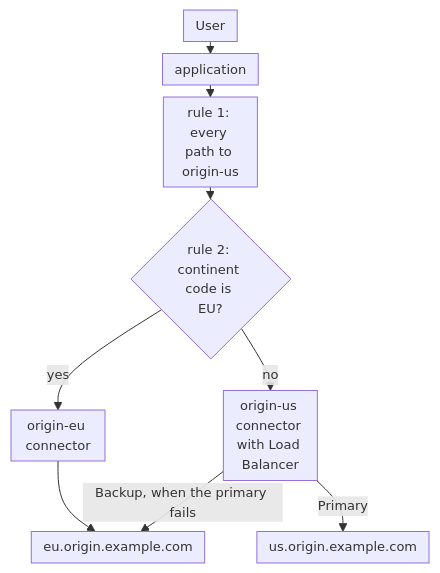
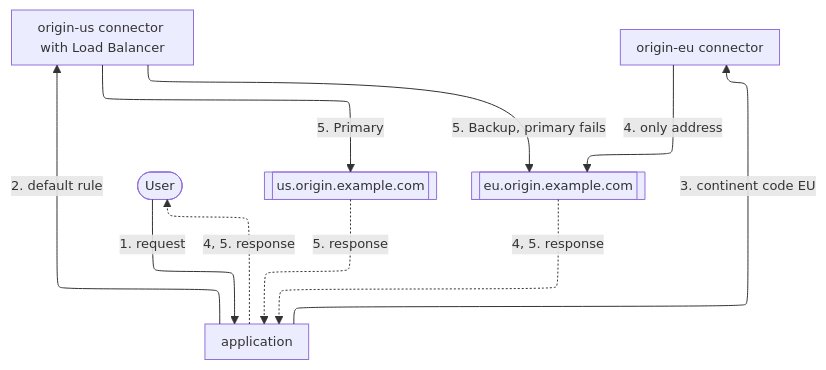
One commit to aziontech/docs changed the first of 2 diagrams in apps/docs/src/content/docs/en/pages/use-cases/improve-performance-and-reliability/route-users-to-regional-origins.mdx. Above: the diagram before and after it, drawn with Mermaid. The commit also changed other lines of this file and 55 other files, not shown here.

Commit message:
docs(use-cases): redraw the use-case diagrams with the way back and check their claims (#2509)

````diff
--- a/apps/docs/src/content/docs/en/pages/use-cases/improve-performance-and-reliability/route-users-to-regional-origins.mdx
+++ b/apps/docs/src/content/docs/en/pages/use-cases/improve-performance-and-reliability/route-users-to-regional-origins.mdx
@@ -40,12 +42,19 @@
 ```mermaid
-%%{init: {"layout": "dagre", "themeVariables": {"fontSize": "13px"}, "flowchart": {"nodeSpacing": 12, "rankSpacing": 12, "padding": 6, "wrappingWidth": 70, "minNodeWidth": 40, "useMaxWidth": true}}}%%
+%%{init: {"layout": "elk", "themeVariables": {"fontSize": "13px"}, "flowchart": {"nodeSpacing": 24, "rankSpacing": 36, "padding": 8, "wrappingWidth": 150, "useMaxWidth": true}, "sequence": {"width": 120, "actorMargin": 30, "useMaxWidth": true}}}%%
 flowchart TD
-  User["User"] --> App["application"]
-  App --> Default["rule 1: every path to origin-us"]
-  Default --> Geo{"rule 2: continent code is EU?"}
-  Geo -->|"yes"| EU["origin-eu connector"]
-  Geo -->|"no"| US["origin-us connector with Load Balancer"]
-  EU --> EUOrigin["eu.origin.example.com"]
-  US -->|"Primary"| USOrigin["us.origin.example.com"]
-  US -->|"Backup, when the primary fails"| EUOrigin
+  User(["User"])
+  App["application"]
+  US["origin-us connector with Load Balancer"]
+  EU["origin-eu connector"]
+  USOrigin[["us.origin.example.com"]]
+  EUOrigin[["eu.origin.example.com"]]
+  User -->|"1. request"| App
+  App -->|"2. default rule"| US
+  App -->|"3. continent code EU"| EU
+  US -->|"5. Primary"| USOrigin
+  US -->|"5. Backup, primary fails"| EUOrigin
+  EU -->|"4. only address"| EUOrigin
+  USOrigin -.->|"5. response"| App
+  EUOrigin -.->|"4, 5. response"| App
+  App -.->|"4, 5. response"| User
 ```
````
